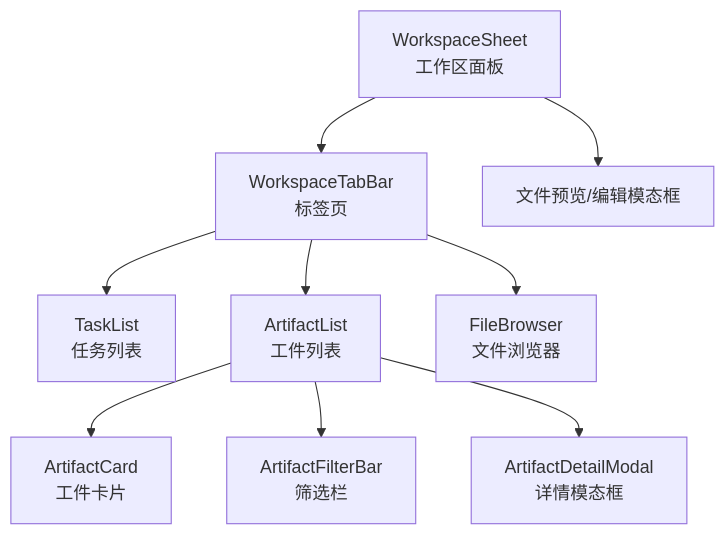
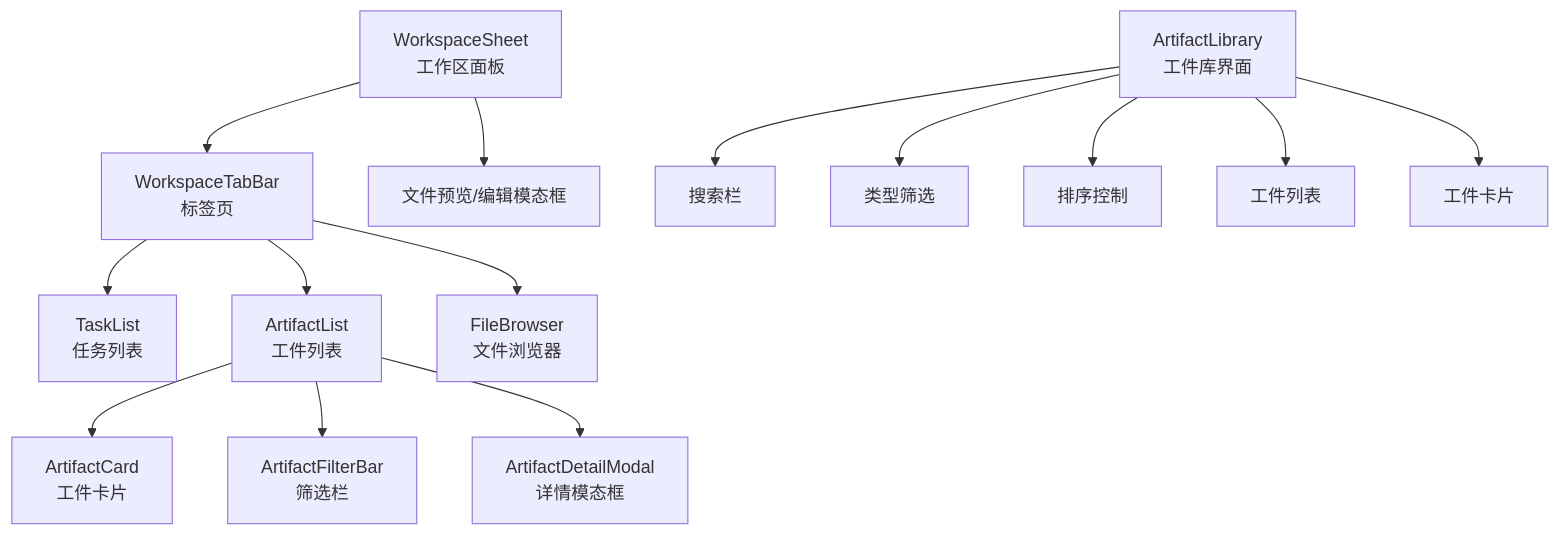
One commit to NarcisWL/Nexara changed diagram 11 of 12 in .qoder/repowiki/zh/content/状态管理/工件状态管理.md. Above: the diagram before and after it, drawn with Mermaid. The commit also changed other lines of this file and 4 other files, not shown here.

````diff
--- a/.qoder/repowiki/zh/content/状态管理/工件状态管理.md
+++ b/.qoder/repowiki/zh/content/状态管理/工件状态管理.md
@@ -313,11 +435,16 @@
 ```mermaid
 graph TB
 WS["WorkspaceSheet<br/>工作区面板"] --> Tabs["WorkspaceTabBar<br/>标签页"]
 Tabs --> Tasks["TaskList<br/>任务列表"]
 Tabs --> Artifacts["ArtifactList<br/>工件列表"]
 Tabs --> Files["FileBrowser<br/>文件浏览器"]
 Artifacts --> Cards["ArtifactCard<br/>工件卡片"]
 Artifacts --> Filters["ArtifactFilterBar<br/>筛选栏"]
 Artifacts --> Detail["ArtifactDetailModal<br/>详情模态框"]
 WS --> Preview["文件预览/编辑模态框"]
+AL["ArtifactLibrary<br/>工件库界面"] --> Search["搜索栏"]
+AL --> TypeFilter["类型筛选"]
+AL --> Sort["排序控制"]
+AL --> List["工件列表"]
+AL --> Card["工件卡片"]
 ```
````
